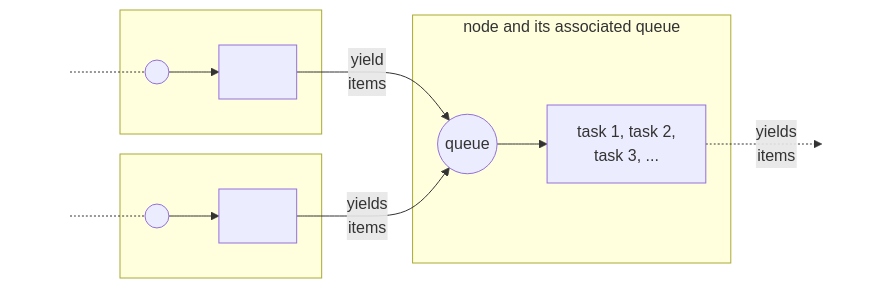
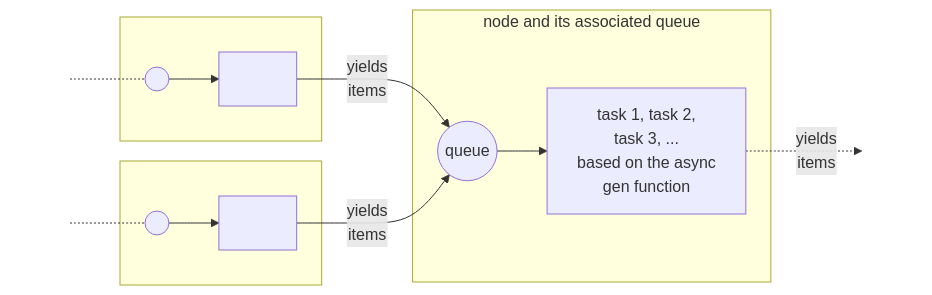
Before and after one commit to civisanalytics/async-graph-data-flow: the third of 5 diagrams in docs/technical.rst, drawn with Mermaid. The commit also changed other lines of this file and 20 other files, not shown here.

```diff
--- a/docs/technical.rst
+++ b/docs/technical.rst
@@ -69,24 +69,24 @@
 .. mermaid::
 
     flowchart LR
 
     start1[ ] -.- queue1(("&nbsp;&nbsp;"))
     subgraph box1 [ ]
         queue1 --> node1["&nbsp;&nbsp;&nbsp;&nbsp;"]
     end
     style start1 fill-opacity:0, stroke-opacity:0;
 
     start2[ ] -.- queue2(("&nbsp;&nbsp;"))
     subgraph box2 [ ]
         queue2 --> node2["&nbsp;&nbsp;&nbsp;&nbsp;"]
     end
     style start2 fill-opacity:0, stroke-opacity:0;
 
     subgraph node and its associated queue
-        queue3((queue)) --> node3[task 1, task 2,<br/>task 3, ...]
+        queue3((queue)) --> node3[task 1, task 2,<br/>task 3, ...<br/>based on the async<br/>gen function]
     end
 
-    node1 --> |yield<br/>items| queue3
+    node1 --> |yields<br/>items| queue3
     node2 --> |yields<br/>items| queue3
     node3 -.-> |yields<br/>items| STOP[ ]
-    style STOP  fill-opacity:0, stroke-opacity:0;
+    style STOP fill-opacity:0, stroke-opacity:0;
```
